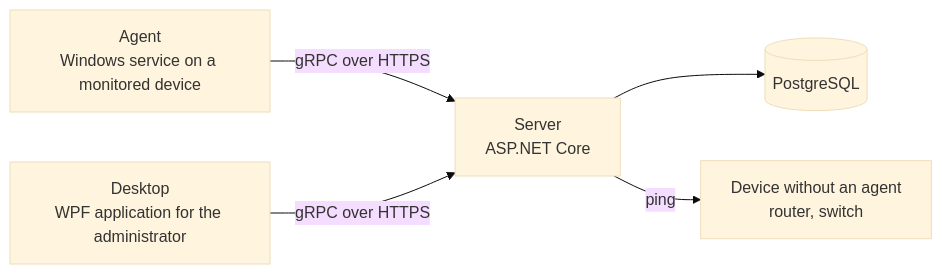
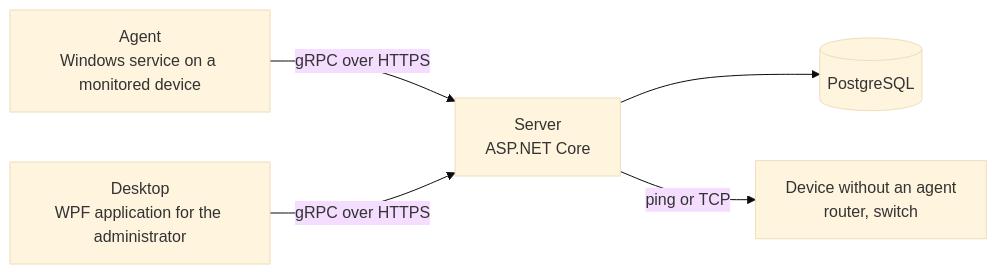
Before and after one commit to ondrejkocun/network_monitoring_and_management_system: the diagram in README.md, drawn with Mermaid (base theme). The commit also changed other lines of this file and 13 other files, not shown here.

````diff
--- a/README.md
+++ b/README.md
@@ -31,13 +31,13 @@
 ```mermaid
 flowchart LR
     Agent["Agent<br/>Windows service on a monitored device"]
     Server["Server<br/>ASP.NET Core"]
     Database[("PostgreSQL")]
     Desktop["Desktop<br/>WPF application for the administrator"]
     Agentless["Device without an agent<br/>router, switch"]
 
     Agent -- "gRPC over HTTPS" --> Server
     Server --> Database
     Desktop -- "gRPC over HTTPS" --> Server
-    Server -- ping --> Agentless
+    Server -- "ping or TCP" --> Agentless
 ```
````
